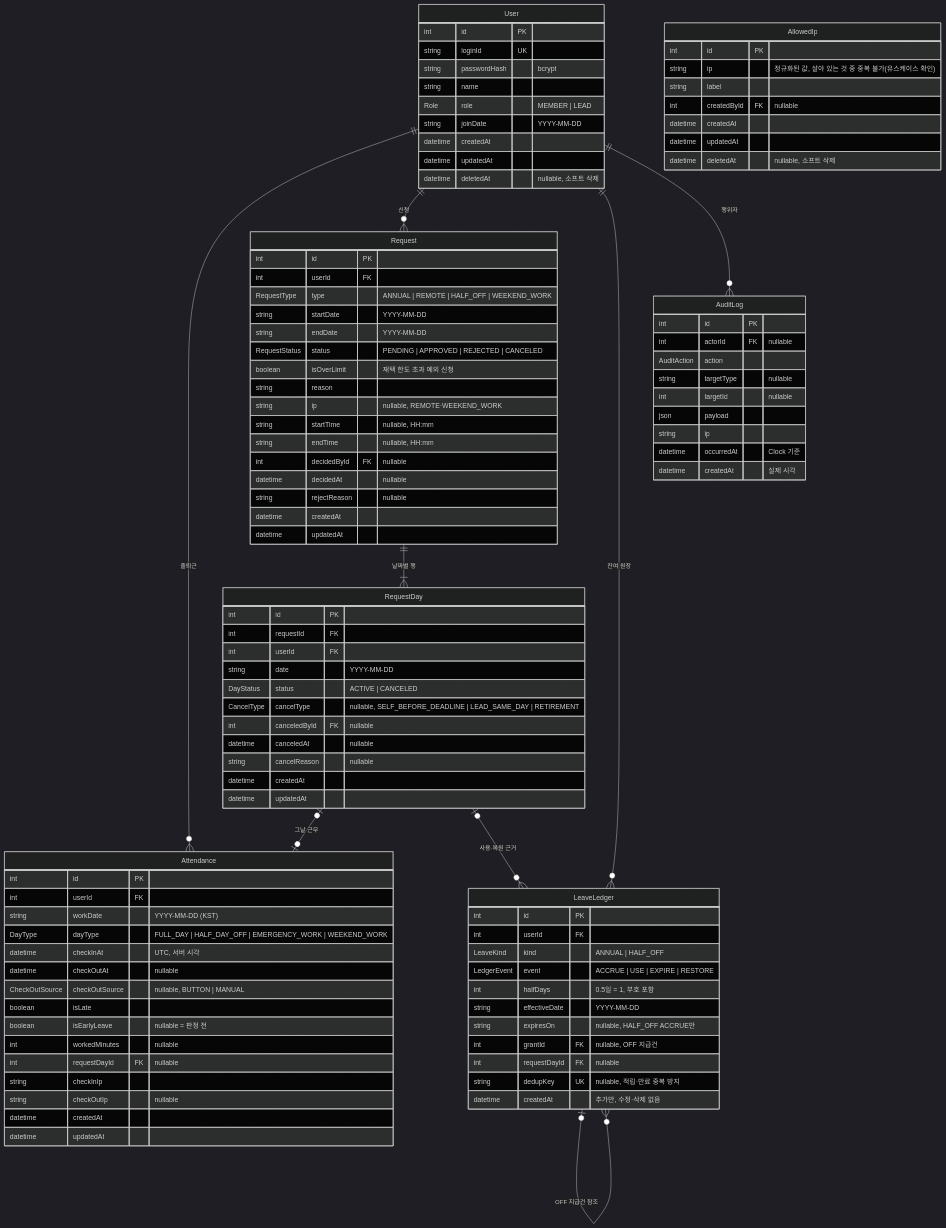
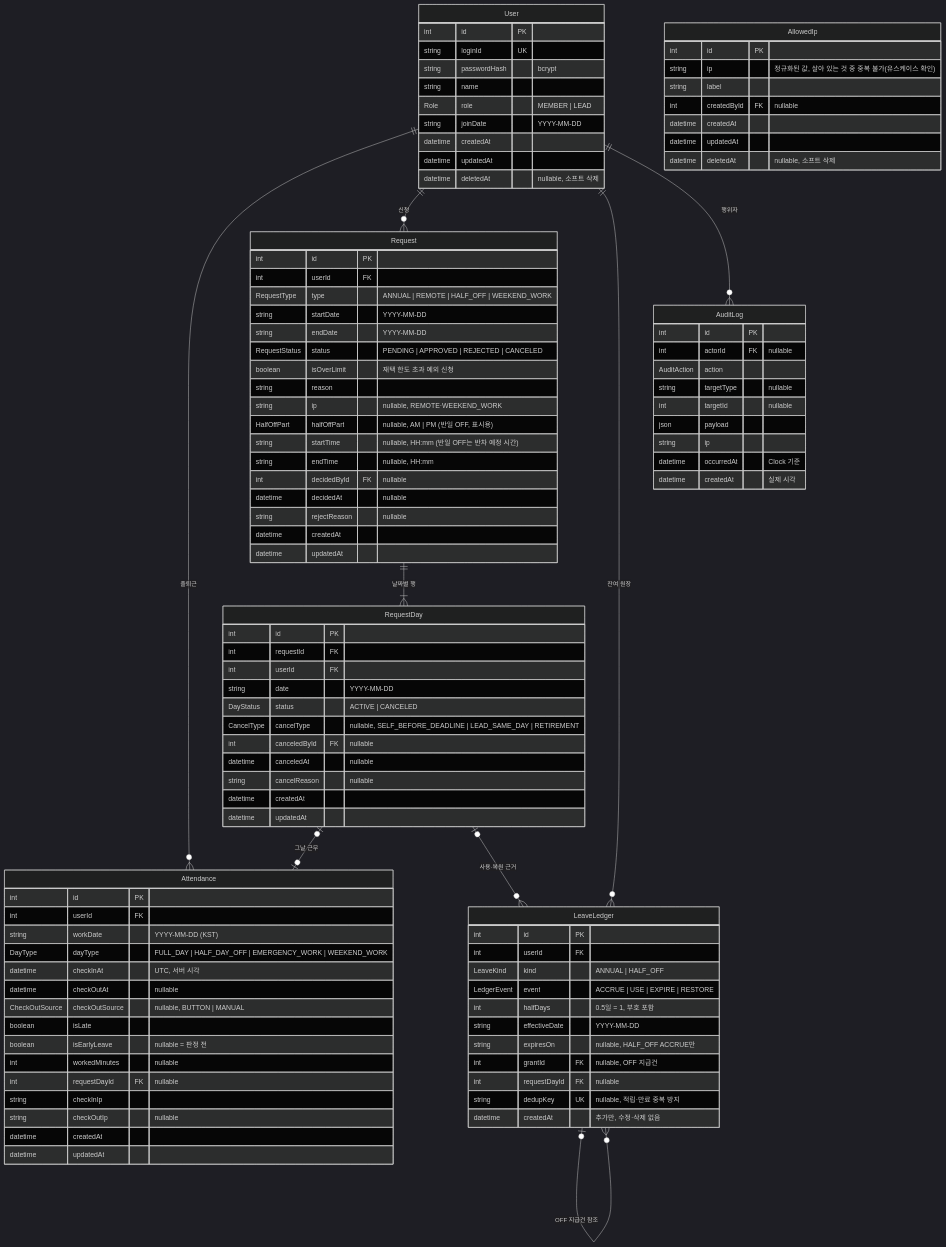
Before and after one commit to doosup/team-attendance-system: the diagram in docs/design.md, drawn with Mermaid (dark theme). The commit also changed other lines of this file and 25 other files, not shown here.

```diff
--- a/docs/design.md
+++ b/docs/design.md
@@ -64,7 +64,8 @@
         boolean isOverLimit "재택 한도 초과 예외 신청"
         string reason
         string ip "nullable, REMOTE·WEEKEND_WORK"
-        string startTime "nullable, HH:mm"
+        HalfOffPart halfOffPart "nullable, AM | PM (반일 OFF, 표시용)"
+        string startTime "nullable, HH:mm (반일 OFF는 반차 예정 시간)"
         string endTime "nullable, HH:mm"
         int decidedById FK "nullable"
         datetime decidedAt "nullable"
```
